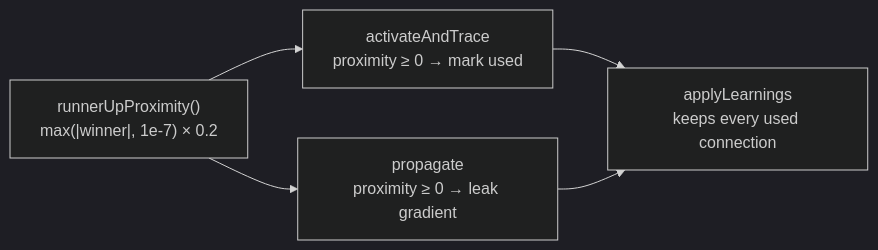
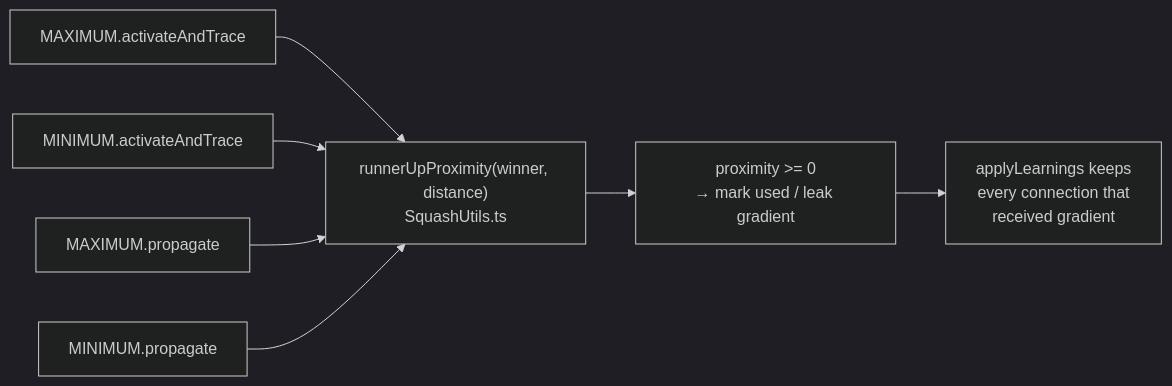
Before and after one commit to stSoftwareAU/NEAT-AI: the diagram in docs/archive/pr-summaries/pr-summary-3635.md, drawn with Mermaid (dark theme). The commit also changed other lines of this file, not shown here.

````diff
--- a/docs/archive/pr-summaries/pr-summary-3635.md
+++ b/docs/archive/pr-summaries/pr-summary-3635.md
@@ -43,8 +48,10 @@
 ```mermaid
 flowchart LR
-    R["runnerUpProximity()<br/>max(|winner|, 1e-7) × 0.2"]
-    R --> T["activateAndTrace<br/>proximity ≥ 0 → mark used"]
-    R --> P["propagate<br/>proximity ≥ 0 → leak gradient"]
-    T --> A["applyLearnings<br/>keeps every used connection"]
-    P --> A
+    R["runnerUpProximity(winner, distance)<br/>SquashUtils.ts"]
+    T1[MAXIMUM.activateAndTrace] --> R
+    T2[MINIMUM.activateAndTrace] --> R
+    P1[MAXIMUM.propagate] --> R
+    P2[MINIMUM.propagate] --> R
+    R --> M["proximity >= 0<br/>→ mark used / leak gradient"]
+    M --> A["applyLearnings keeps<br/>every connection that<br/>received gradient"]
 ```
````
